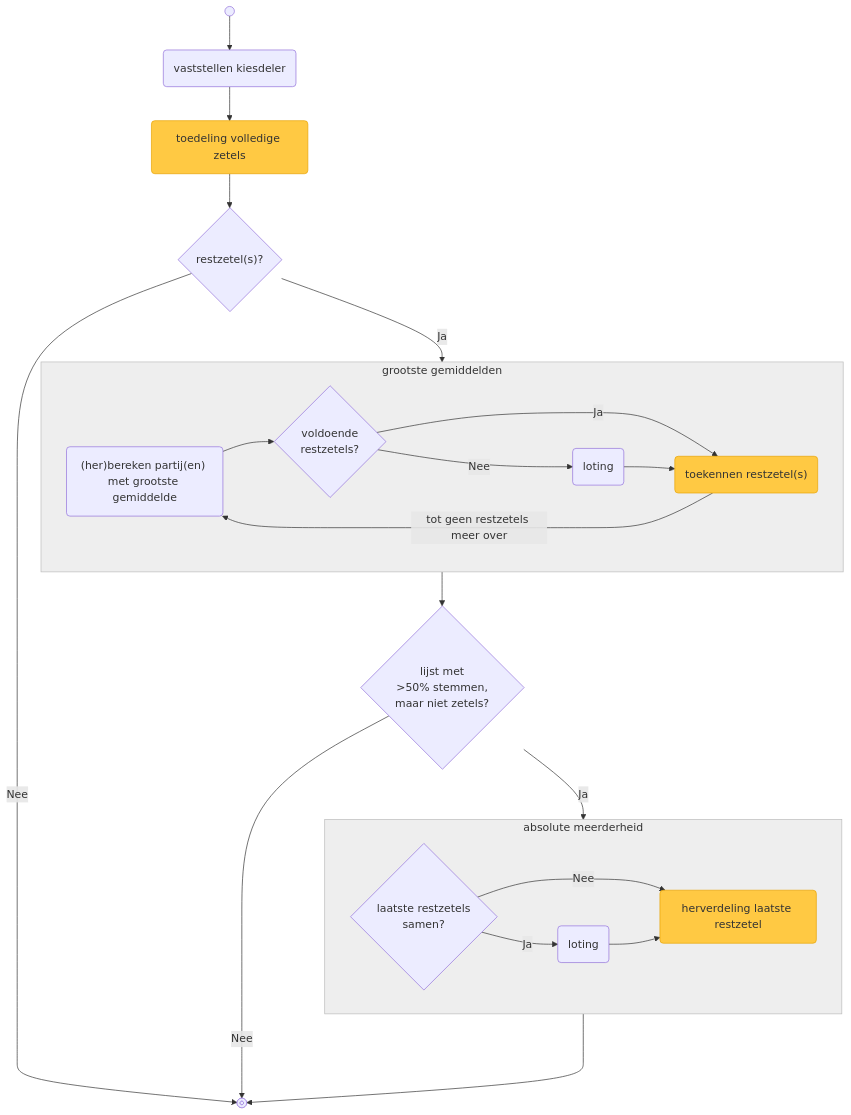
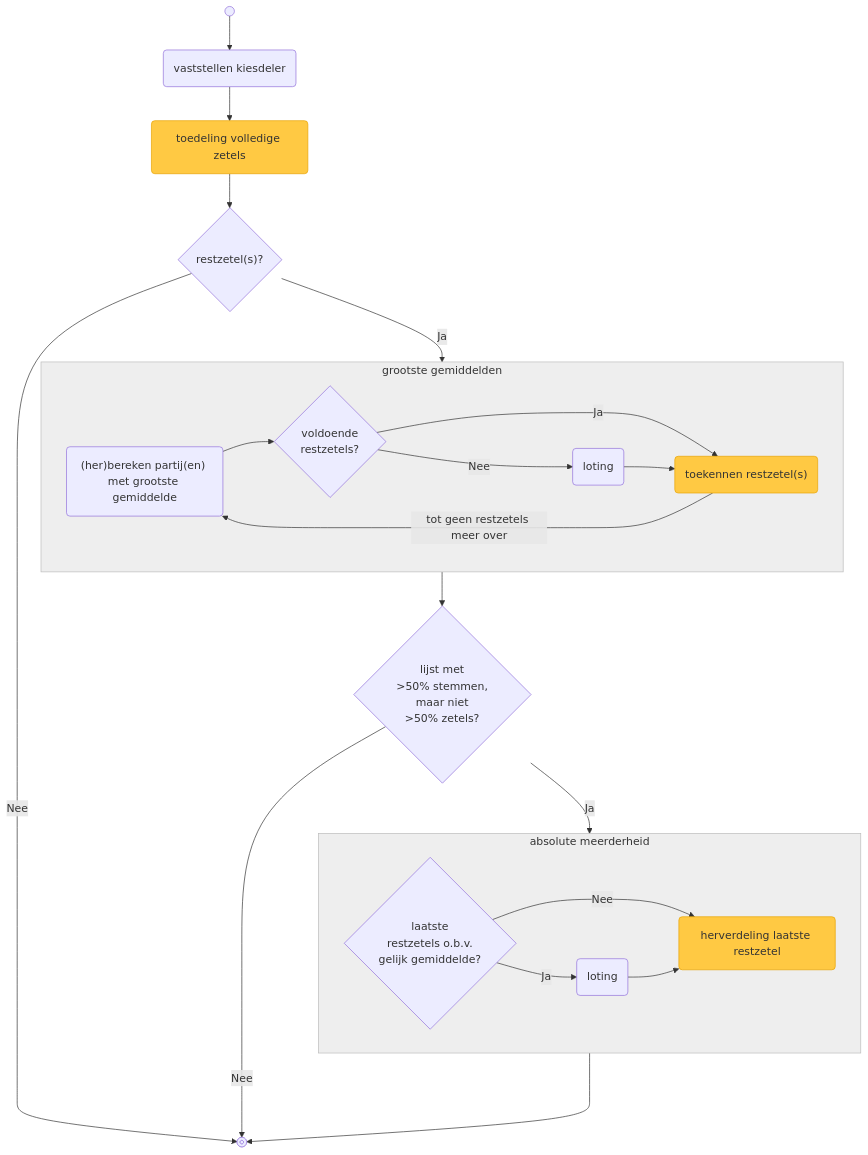
One commit to kiesraad/abacus-documentatie changed the first of 2 diagrams in verkiezingsproces/zetelverdeling-GR-flowchart.md. Above: the diagram before and after it, drawn with Mermaid. The commit also changed other lines of this file, not shown here.

Commit message:
improves naming of flowchart elements

````diff
--- a/verkiezingsproces/zetelverdeling-GR-flowchart.md
+++ b/verkiezingsproces/zetelverdeling-GR-flowchart.md
@@ -10,61 +10,60 @@
 ```Mermaid
 flowchart
     %% styling
     classDef lijstuitputting fill:#ffc943,stroke:#e8a302
     classDef greyFill fill:#eee,stroke:#bbb;
 
     %% elements
     flow_start@{ shape: sm-circ, label: "start" }
     flow_end@{ shape: framed-circle, label: "end" }
 
     vaststellen_kiesdeler(vaststellen kiesdeler)
     toedeling_volledige_zetels(toedeling volledige zetels)
     class toedeling_volledige_zetels lijstuitputting
 
     restzetels{"restzetel(s)?"}
 
     bereken_partijen_met_grootste_gemiddelde("(her)bereken partij(en) met grootste gemiddelde")
     voldoende_restzetels{voldoende<br/>restzetels?}
     loting_grootste_gemiddelden(loting)
     toekennen_restzetels("toekennen restzetel(s)")
     class toekennen_restzetels lijstuitputting
 
-    volstrekte_meerderheid{lijst met<br/>>50% stemmen,<br/>maar niet zetels?}
-    laatste_restzetels_samen{laatste restzetels<br/>samen?}
-    loting_abs_meerderheid(loting)
+    meerderheid_aan_stemmen_maar_niet_zetels{lijst met<br/>>50% stemmen,<br/>maar niet<br/>>50% zetels?}
+    laatste_restzetels_obv_gelijk_gemiddelde{laatste<br/>restzetels o.b.v.<br/>gelijk gemiddelde?}
+    loting_absolute_meerderheid(loting)
     herverdeling_laatste_restzetel(herverdeling laatste restzetel)
     class herverdeling_laatste_restzetel lijstuitputting
 
     %% flow
     flow_start --> vaststellen_kiesdeler
     vaststellen_kiesdeler --> toedeling_volledige_zetels
     toedeling_volledige_zetels --> restzetels
 
     restzetels -->|Nee| flow_end
     restzetels -->|Ja| grootste_gemiddelden
 
     subgraph grootste_gemiddelden["grootste gemiddelden"]
         direction LR
         bereken_partijen_met_grootste_gemiddelde --> voldoende_restzetels
         voldoende_restzetels -->|Ja| toekennen_restzetels
         voldoende_restzetels -->|Nee| loting_grootste_gemiddelden
         loting_grootste_gemiddelden --> toekennen_restzetels
         toekennen_restzetels -->|tot geen restzetels meer over| bereken_partijen_met_grootste_gemiddelde
     end
     class grootste_gemiddelden greyFill;
 
-    grootste_gemiddelden --> volstrekte_meerderheid
-    volstrekte_meerderheid -->|Ja| absolute_meerderheid
-    volstrekte_meerderheid --->|Nee| flow_end
+    grootste_gemiddelden --> meerderheid_aan_stemmen_maar_niet_zetels
+    meerderheid_aan_stemmen_maar_niet_zetels -->|Ja| absolute_meerderheid
+    meerderheid_aan_stemmen_maar_niet_zetels --->|Nee| flow_end
 
     subgraph absolute_meerderheid["absolute meerderheid"]
         direction LR
-        laatste_restzetels_samen -->|Ja| loting_abs_meerderheid
-        laatste_restzetels_samen -->|Nee| herverdeling_laatste_restzetel
-        loting_abs_meerderheid --> herverdeling_laatste_restzetel
+        laatste_restzetels_obv_gelijk_gemiddelde -->|Ja| loting_absolute_meerderheid
+        laatste_restzetels_obv_gelijk_gemiddelde -->|Nee| herverdeling_laatste_restzetel
+        loting_absolute_meerderheid --> herverdeling_laatste_restzetel
     end
     class absolute_meerderheid greyFill;
 
-    
     absolute_meerderheid ---> flow_end
 ```
````
